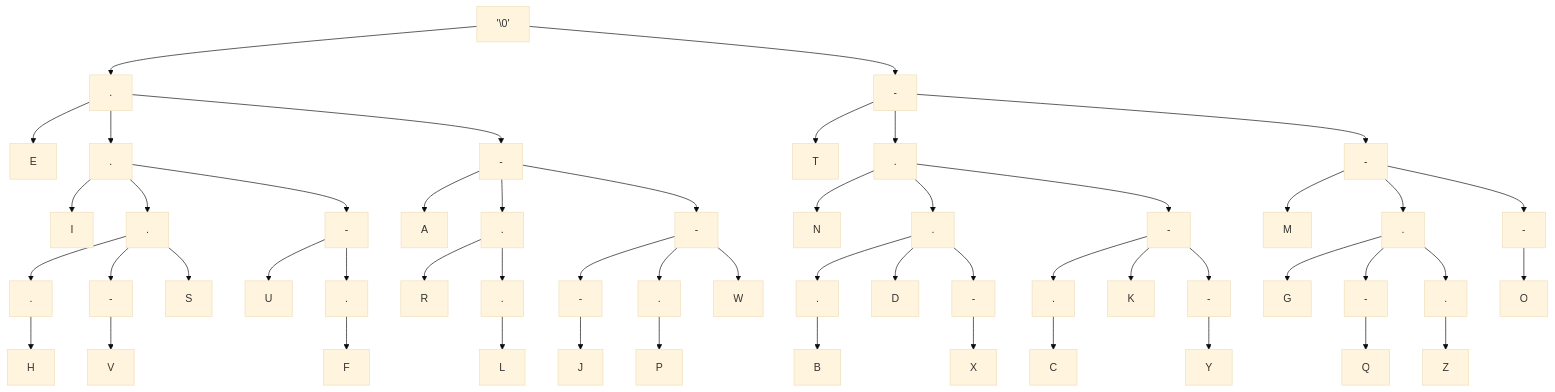
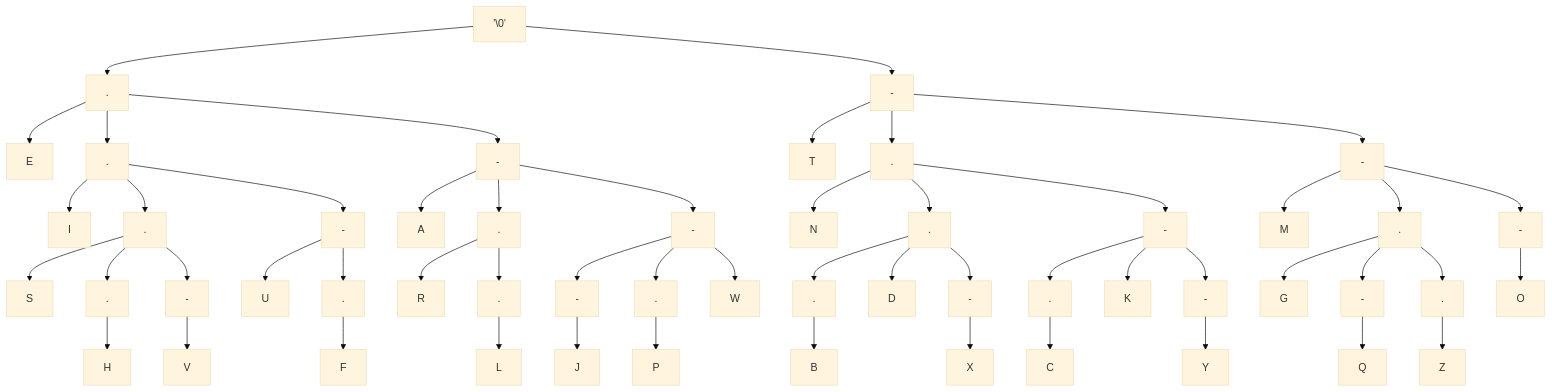
One commit to mmcnally1/arduino-projects changed the second of 2 diagrams in morse-code/README.md. Above: the diagram before and after it, drawn with Mermaid (base theme). The commit also changed other lines of this file, not shown here.

````diff
--- a/morse-code/README.md
+++ b/morse-code/README.md
@@ -27,55 +27,55 @@
 ```mermaid
 graph TD;
 A['\0'] --> B[.]
 A['\0'] --> H[-]
 B[.] --> C[E]
 B[.] --> D[.]
 D[.] --> E[I]
 B[.] --> F[-]
 F[-] --> G[A]
 H[-] --> I[T]
 H[-] --> J[.]
 J[.] --> K[N]
 H[-] --> L[-]
 L[-] --> M[M]
 D[.] --> N[.]
 D[.] --> O[-]
 L[-] --> P[.]
 L[-] --> Q[-]
 F[-] --> R[.]
 F[-] --> S[-]
+N[.] --> V[S]
 N[.] --> T[.]
 N[.] --> U[-]
-N[.] --> V[S]
 J[.] --> W[.]
 J[.] --> X[-]
 O[-] --> Y[U]
 R[.] --> Z[R]
 W[.] --> AA[.]
 AA[.] --> AB[B]
 X[-] --> AC[.]
 AC[.] --> AD[C]
 W[.] --> AE[D]
 O[-] --> AF[.]
 AF[.] --> AG[F]
 P[.] --> AH[G]
 T[.] --> AI[H]
 S[-] --> AJ[-]
 AJ[-] --> AK[J]
 X[-] --> AL[K]
 R[.] --> AM[.]
 AM[.] --> AN[L]
 Q[-] --> AO[O]
 S[-] --> AP[.]
 AP[.] --> AQ[P]
 P[.] --> AR[-]
 AR[-] --> AS[Q]
 U[-] --> AT[V]
 S[-] --> AU[W]
 W[.] --> AV[-]
 AV[-] --> AW[X]
 X[-] --> AX[-]
 AX[-] --> AY[Y]
 P[.] --> AZ[.]
 AZ[.] --> BA[Z]
 ```
````
